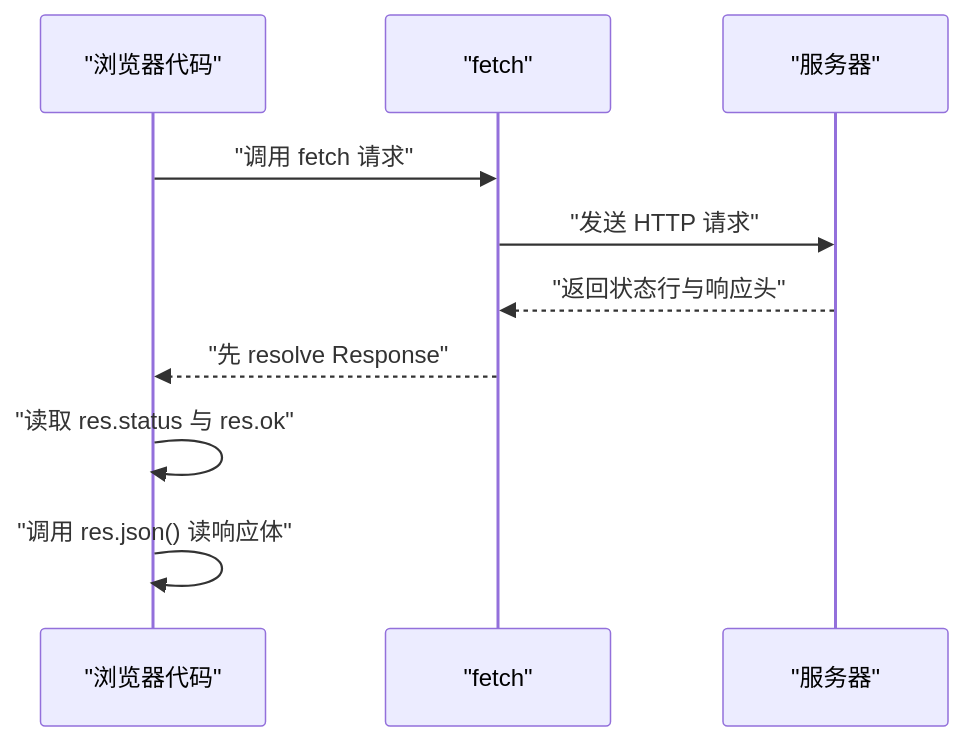
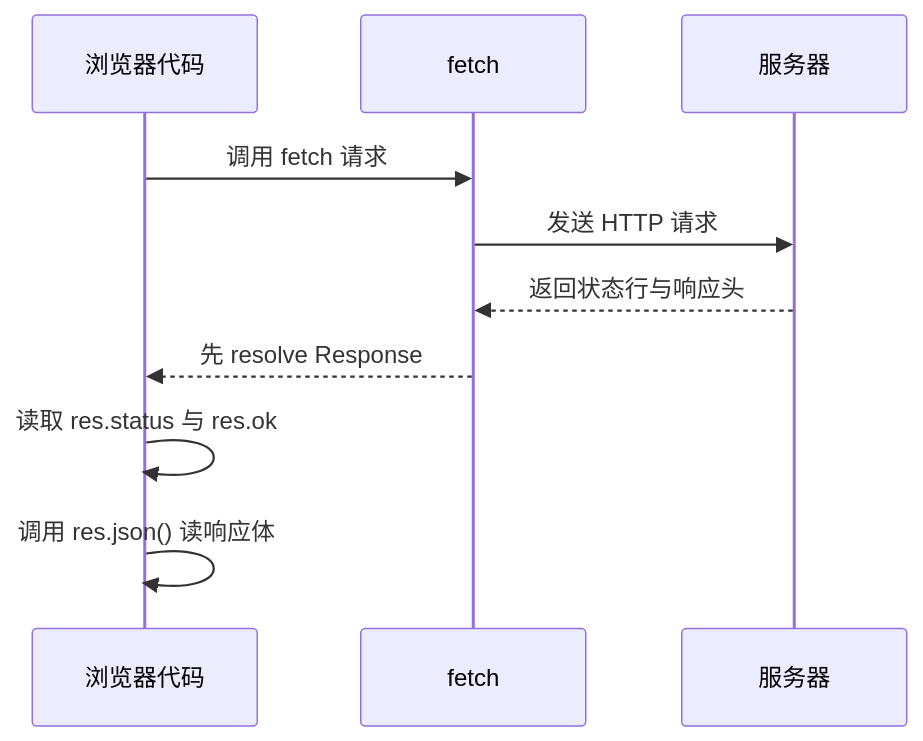
One commit to Shyu-x/frontend-interview changed the second of 9 diagrams in docs/api/http-clients-libraries.md. Above: the diagram before and after it, drawn with Mermaid. The commit also changed other lines of this file and 23 other files, not shown here.

First line of the commit message:
fix(docs): 修复 28 张无法渲染的 Mermaid 图，新增真实解析器校验与 PDF 下载页

````diff
--- a/docs/api/http-clients-libraries.md
+++ b/docs/api/http-clients-libraries.md
@@ -57,12 +57,12 @@
 ```mermaid
 sequenceDiagram
-  participant JS as "浏览器代码"
-  participant F as "fetch"
-  participant S as "服务器"
-  JS->>F: "调用 fetch 请求"
-  F->>S: "发送 HTTP 请求"
-  S-->>F: "返回状态行与响应头"
-  F-->>JS: "先 resolve Response"
-  JS->>JS: "读取 res.status 与 res.ok"
-  JS->>JS: "调用 res.json() 读响应体"
+  participant JS as 浏览器代码
+  participant F as fetch
+  participant S as 服务器
+  JS->>F: 调用 fetch 请求
+  F->>S: 发送 HTTP 请求
+  S-->>F: 返回状态行与响应头
+  F-->>JS: 先 resolve Response
+  JS->>JS: 读取 res.status 与 res.ok
+  JS->>JS: 调用 res.json() 读响应体
 ```
````
